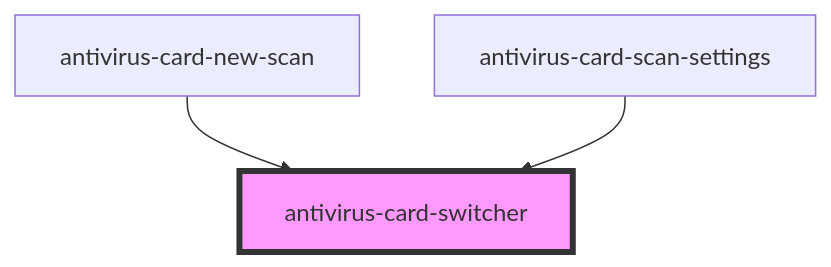
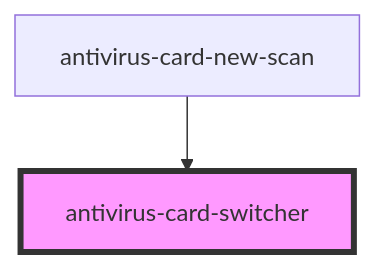
The diagram in client/packages/antivirus-card/src/components/switcher/readme.md (ispsystem/plugin-imunify), drawn with Mermaid before and after one commit. The commit also changed other lines of this file and 10 other files, not shown here.

Commit message:
fix(antivirus-card): 🐛 fix bugs

````diff
--- a/client/packages/antivirus-card/src/components/switcher/readme.md
+++ b/client/packages/antivirus-card/src/components/switcher/readme.md
@@ -16,6 +15,5 @@
 ```mermaid
 graph TD;
   antivirus-card-new-scan --> antivirus-card-switcher
-  antivirus-card-scan-settings --> antivirus-card-switcher
   style antivirus-card-switcher fill:#f9f,stroke:#333,stroke-width:4px
 ```
````
